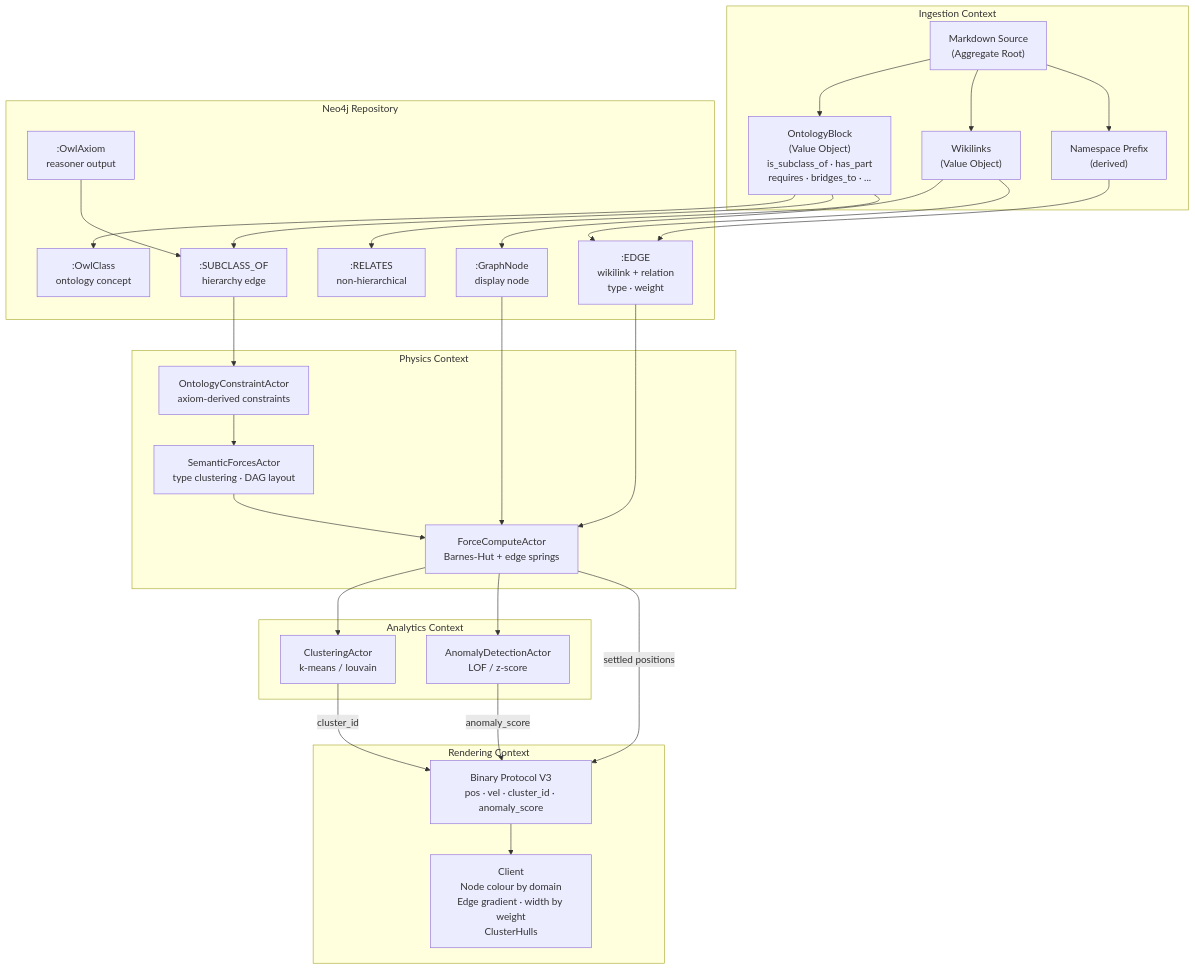
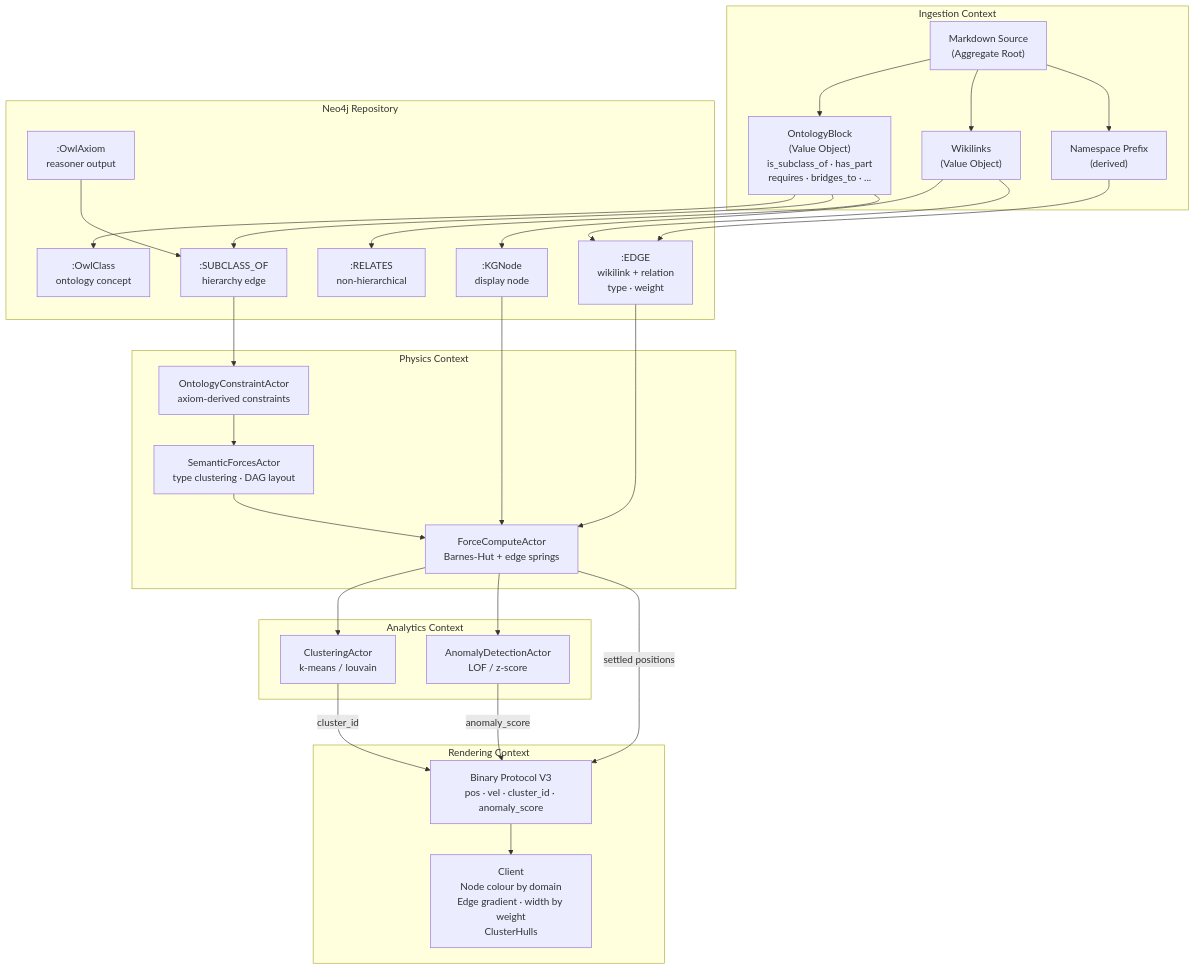
Before and after one commit to shaneholloman/logseq-spring-thing: the diagram in docs/explanation/ddd-semantic-pipeline.md, drawn with Mermaid. The commit also changed other lines of this file and 55 other files, not shown here.

First line of the commit message:
refactor: unify GraphNode → KGNode across Rust, TS, Cypher, docs

````diff
--- a/docs/explanation/ddd-semantic-pipeline.md
+++ b/docs/explanation/ddd-semantic-pipeline.md
@@ -61,56 +61,56 @@
 ```mermaid
 flowchart TD
     MD["Markdown Source\n(Aggregate Root)"]
 
     subgraph Parse["Ingestion Context"]
         OB["OntologyBlock\n(Value Object)\nis_subclass_of · has_part\nrequires · bridges_to · ..."]
         WL["Wikilinks\n(Value Object)"]
         NS["Namespace Prefix\n(derived)"]
         MD --> OB
         MD --> WL
         MD --> NS
     end
 
     subgraph Neo4j["Neo4j Repository"]
-        GN[":GraphNode\ndisplay node"]
+        GN[":KGNode\ndisplay node"]
         OC[":OwlClass\nontology concept"]
         EDGE[":EDGE\nwikilink + relation\ntype · weight"]
         SUB[":SUBCLASS_OF\nhierarchy edge"]
         REL[":RELATES\nnon-hierarchical"]
         OA[":OwlAxiom\nreasoner output"]
         OB --> OC
         OB --> SUB
         OB --> REL
         WL --> GN
         WL --> EDGE
         NS --> EDGE
         OA --> SUB
     end
 
     subgraph Physics["Physics Context"]
         FCA["ForceComputeActor\nBarnes-Hut + edge springs"]
         SFA["SemanticForcesActor\ntype clustering · DAG layout"]
         OCA["OntologyConstraintActor\naxiom-derived constraints"]
         GN --> FCA
         EDGE --> FCA
         SUB --> OCA
         OCA --> SFA
         SFA --> FCA
     end
 
     subgraph Analytics["Analytics Context"]
         CLA["ClusteringActor\nk-means / louvain"]
         ADA["AnomalyDetectionActor\nLOF / z-score"]
         FCA --> CLA
         FCA --> ADA
     end
 
     subgraph Render["Rendering Context"]
         BP["Binary Protocol V3\npos · vel · cluster_id · anomaly_score"]
         GFX["Client\nNode colour by domain\nEdge gradient · width by weight\nClusterHulls"]
         FCA -->|"settled positions"| BP
         CLA -->|"cluster_id"| BP
         ADA -->|"anomaly_score"| BP
         BP --> GFX
     end
 ```
````
